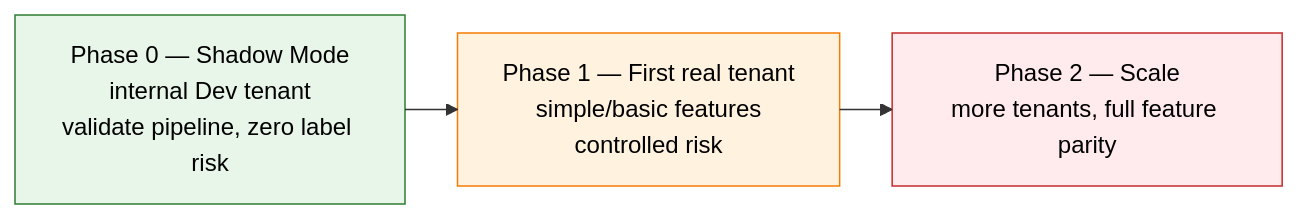
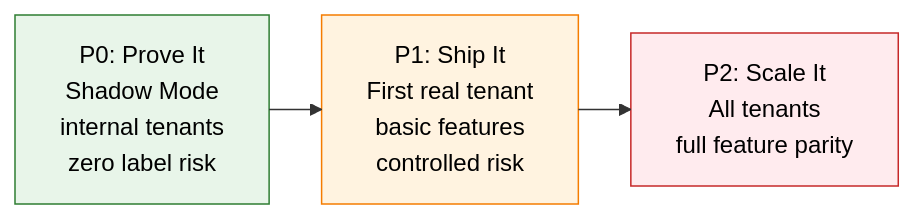
One commit to cristiandeaconeasa-dev/Replatforming-docs changed the fourth of 6 diagrams in 03-replatforming-deep-dive.md. Above: the diagram before and after it, drawn with Mermaid. The commit also changed other lines of this file and 11 other files, not shown here.

````diff
--- a/03-replatforming-deep-dive.md
+++ b/03-replatforming-deep-dive.md
@@ -121,14 +121,14 @@
 ```mermaid
 ---
 config:
     layout: elk
 ---
 flowchart LR
-    P0["Phase 0 — Shadow Mode<br/>internal Dev tenant<br/>validate pipeline, zero label risk"]
-    P1["Phase 1 — First real tenant<br/>simple/basic features<br/>controlled risk"]
-    P2["Phase 2 — Scale<br/>more tenants, full feature parity"]
+    P0["P0: Prove It<br/>Shadow Mode<br/>internal tenants<br/>zero label risk"]
+    P1["P1: Ship It<br/>First real tenant<br/>basic features<br/>controlled risk"]
+    P2["P2: Scale It<br/>All tenants<br/>full feature parity"]
     P0 --> P1 --> P2
     style P0 fill:#e8f5e9,stroke:#2e7d32,color:#000
     style P1 fill:#fff3e0,stroke:#f57c00,color:#000
     style P2 fill:#ffebee,stroke:#c62828,color:#000
 ```
````
